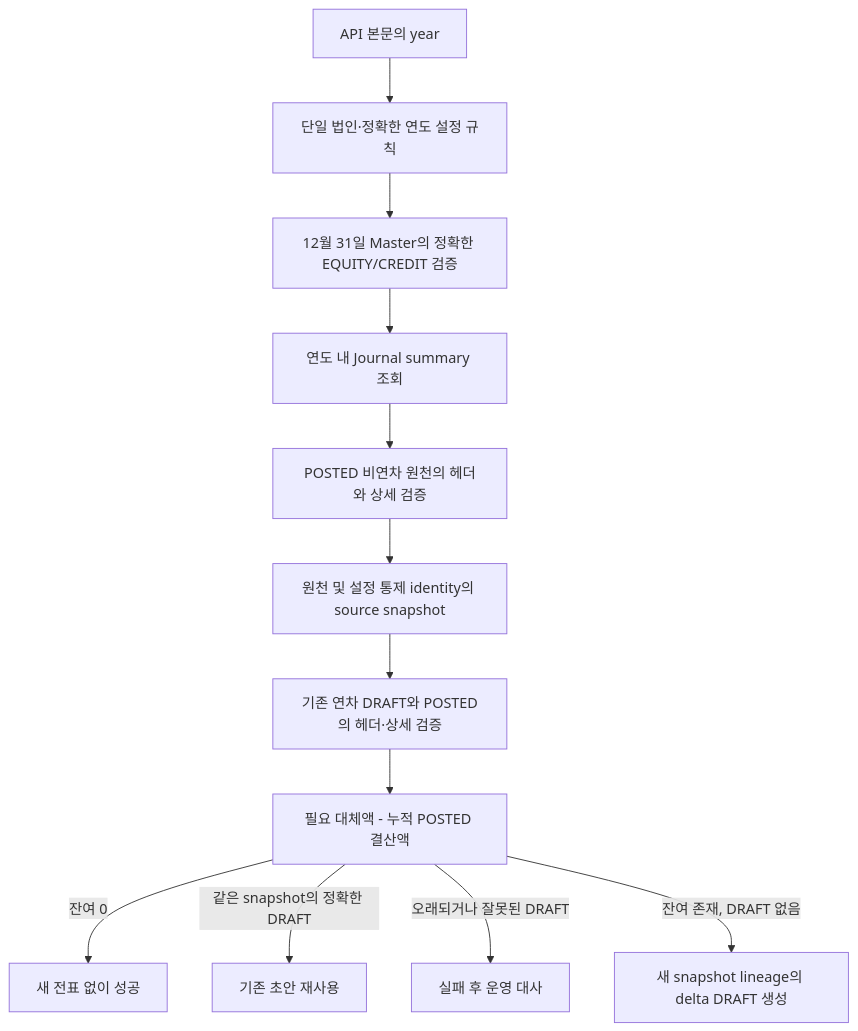
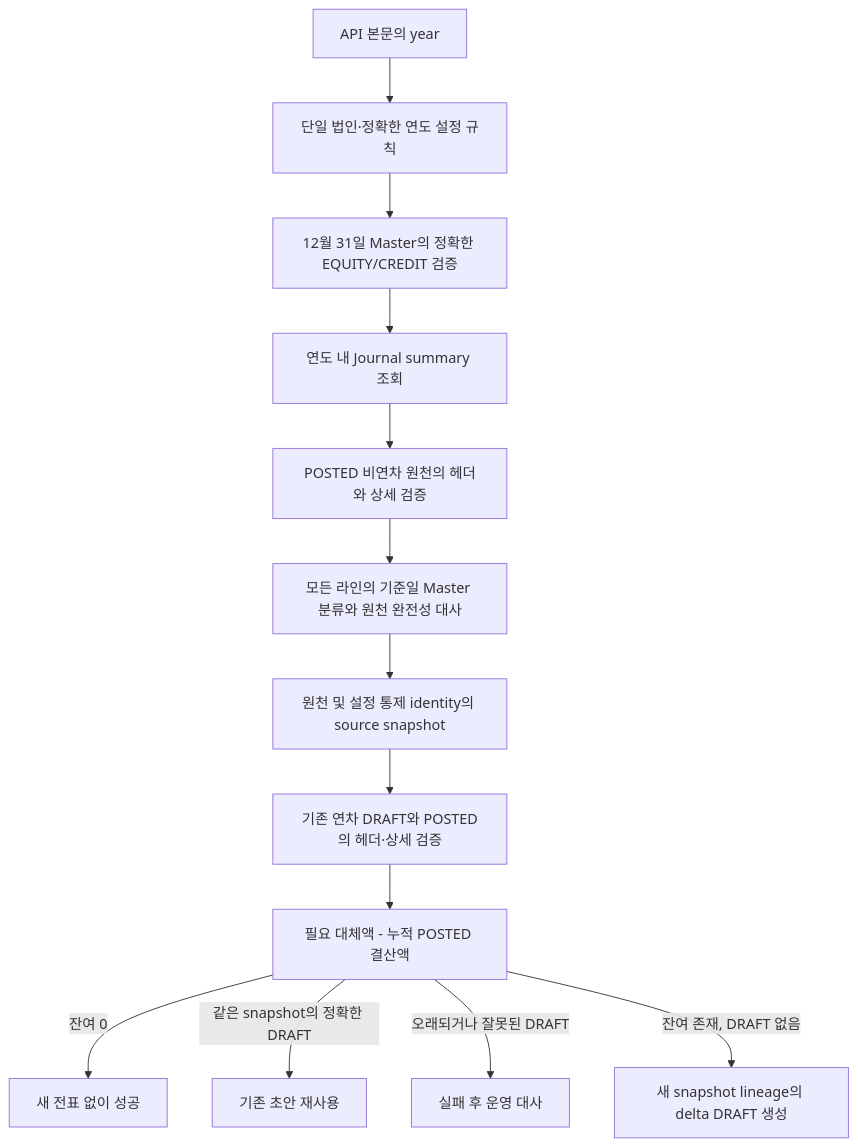
One commit to skyg547/account changed the seventh of 7 diagrams in closing/docs/process-flow.md. Above: the diagram before and after it, drawn with Mermaid. The commit also changed other lines of this file and 7 other files, not shown here.

````diff
--- a/closing/docs/process-flow.md
+++ b/closing/docs/process-flow.md
@@ -537,14 +537,15 @@
 ```mermaid
 flowchart TD
     A[API 본문의 year] --> B[단일 법인·정확한 연도 설정 규칙]
     B --> C[12월 31일 Master의 정확한 EQUITY/CREDIT 검증]
     C --> D[연도 내 Journal summary 조회]
     D --> E[POSTED 비연차 원천의 헤더와 상세 검증]
-    E --> F[원천 및 설정 통제 identity의 source snapshot]
-    F --> G[기존 연차 DRAFT와 POSTED의 헤더·상세 검증]
+    E --> F[모든 라인의 기준일 Master 분류와 원천 완전성 대사]
+    F --> F1[원천 및 설정 통제 identity의 source snapshot]
+    F1 --> G[기존 연차 DRAFT와 POSTED의 헤더·상세 검증]
     G --> H[필요 대체액 - 누적 POSTED 결산액]
     H -->|잔여 0| I[새 전표 없이 성공]
     H -->|같은 snapshot의 정확한 DRAFT| J[기존 초안 재사용]
     H -->|오래되거나 잘못된 DRAFT| K[실패 후 운영 대사]
     H -->|잔여 존재, DRAFT 없음| L[새 snapshot lineage의 delta DRAFT 생성]
 ```
````
